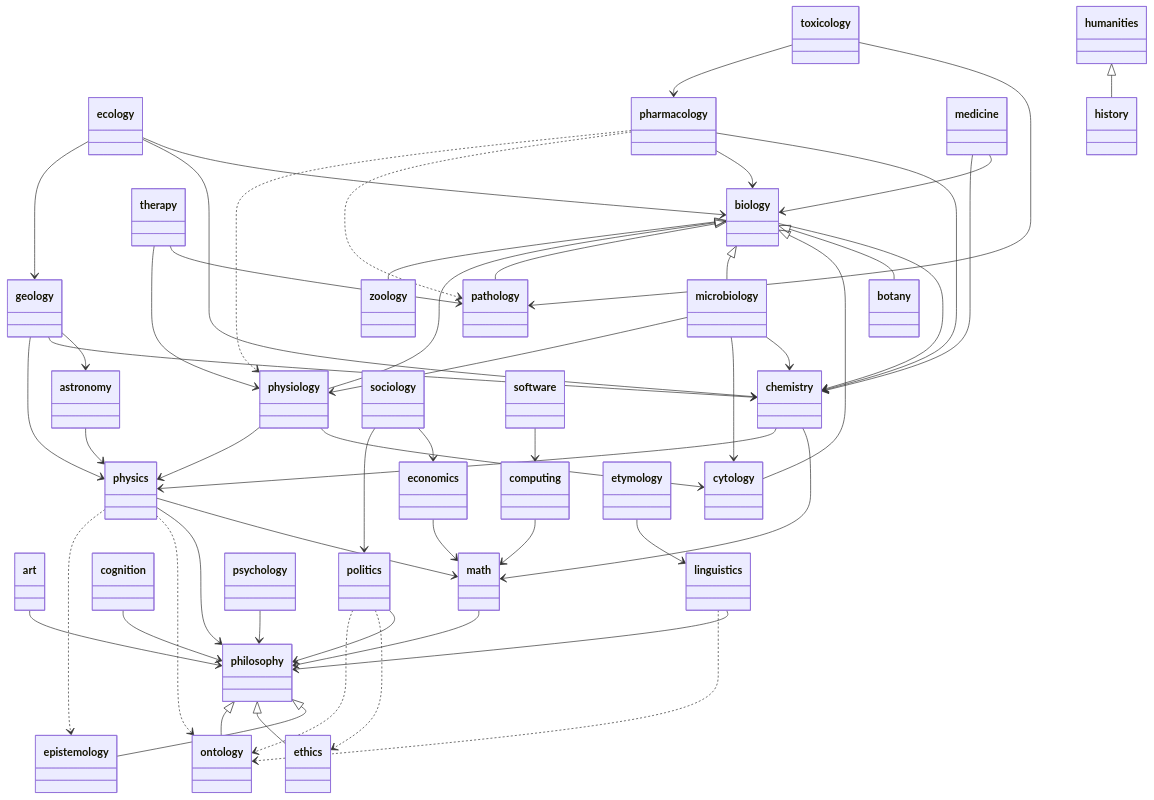
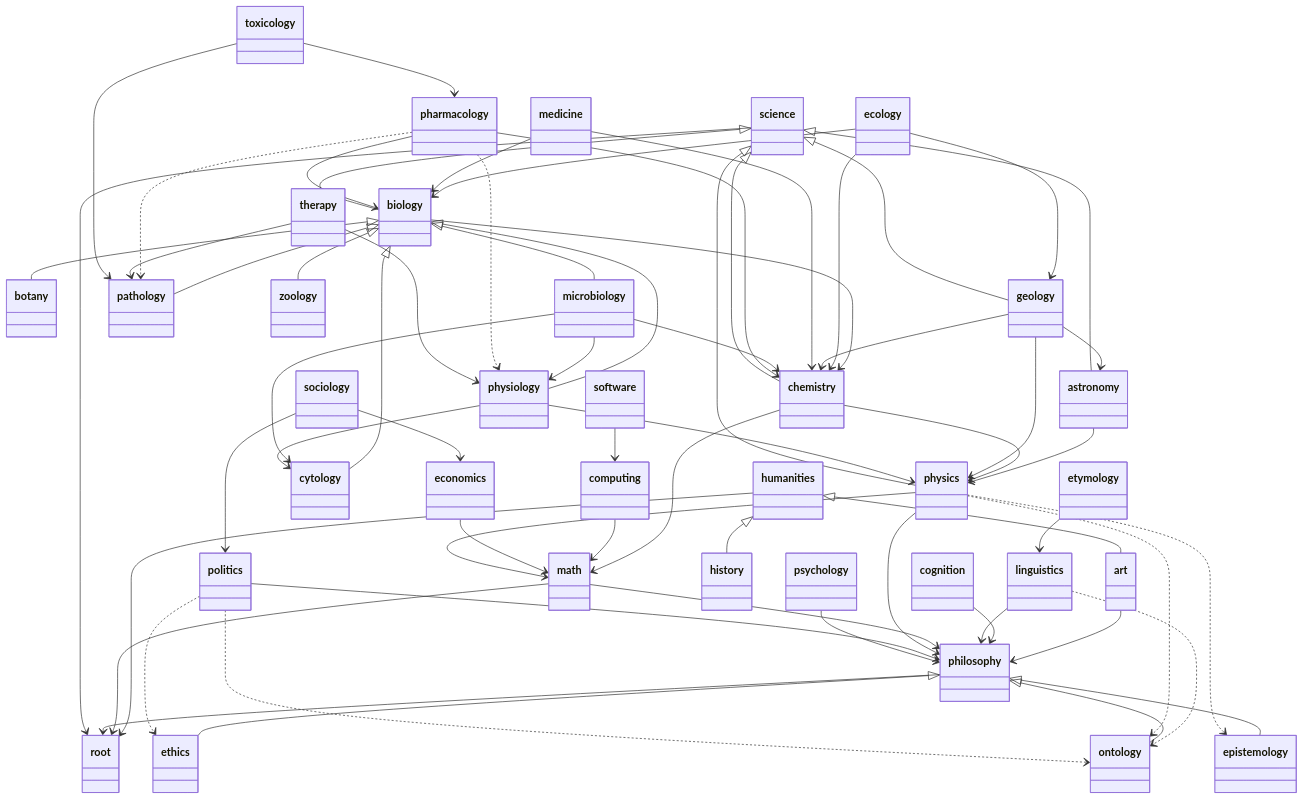
One commit to TSampley/TSampley.github.io changed the diagram in sitemap.md. Above: the diagram before and after it, drawn with Mermaid.

Commit message:
Add root reference for site root domains

```diff
--- a/sitemap.md
+++ b/sitemap.md
@@ -34,6 +34,11 @@
 %% add domain dependencies to respective pages
 %% generate dependencies navigation on each domain page
 classDiagram
+
+humanities --> root
+math --> root
+philosophy --> root
+science --> root
 
 art --> philosophy
 
@@ -66,6 +71,7 @@
 geology --> chemistry
 geology --> physics
 
+humanities <|-- art
 humanities <|-- history
 
 linguistics --> philosophy
@@ -103,6 +109,12 @@
 
 psychology --> philosophy
 
+science <|-- astronomy
+science <|-- biology
+science <|-- chemistry
+science <|-- geology
+science <|-- physics
+
 sociology --> economics
 sociology --> politics
 
```
